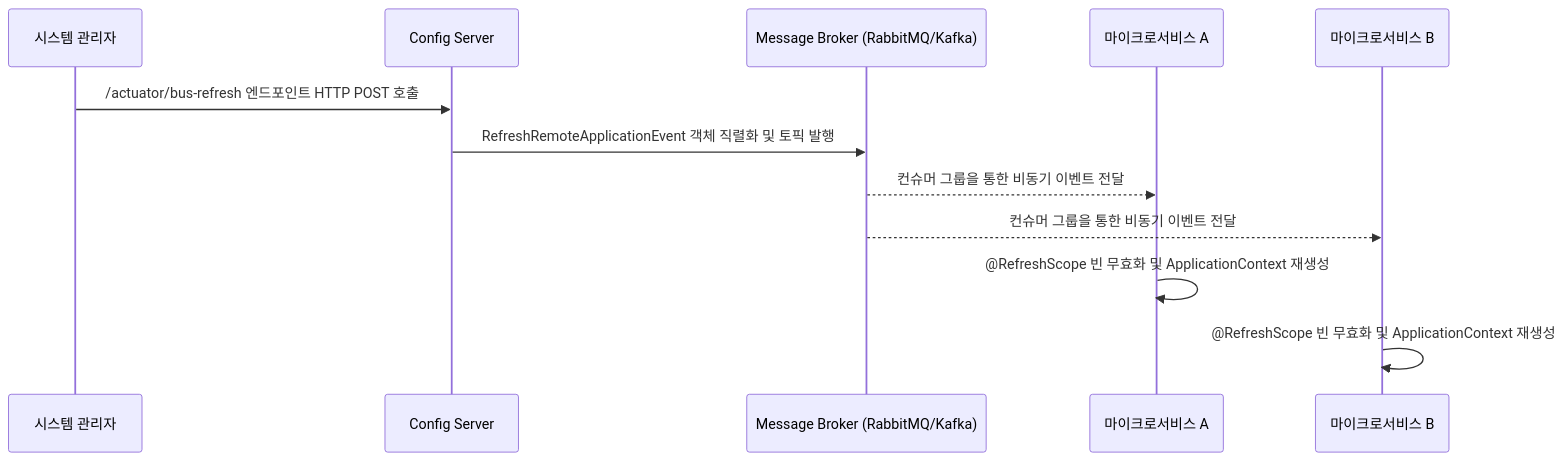
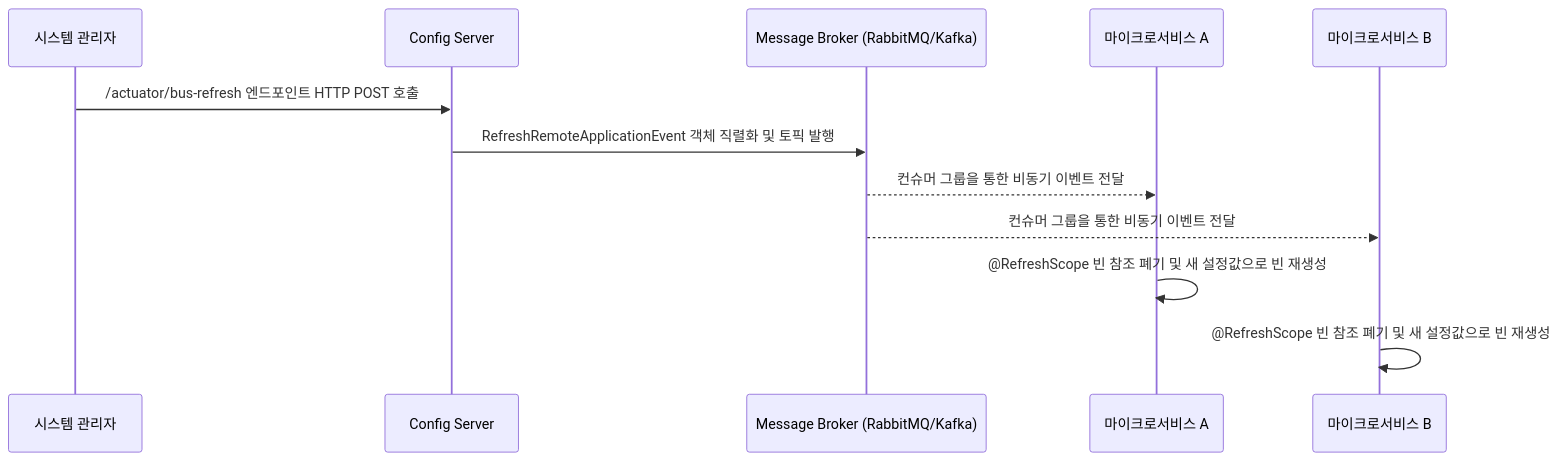
The third of 3 diagrams in src/content/docs/docs/spring/spring-cloud-observability.md (hyoguoo/hyoguoo.github.io), drawn with Mermaid before and after one commit. The commit also changed other lines of this file and 2 other files, not shown here.

````diff
--- a/src/content/docs/docs/spring/spring-cloud-observability.md
+++ b/src/content/docs/docs/spring/spring-cloud-observability.md
@@ -45,14 +95,14 @@
 ```mermaid
 sequenceDiagram
     participant Admin as 시스템 관리자
     participant Config as Config Server
     participant Broker as Message Broker (RabbitMQ/Kafka)
     participant MS1 as 마이크로서비스 A
     participant MS2 as 마이크로서비스 B
     Admin ->> Config: /actuator/bus-refresh 엔드포인트 HTTP POST 호출
     Config ->> Broker: RefreshRemoteApplicationEvent 객체 직렬화 및 토픽 발행
     Broker -->> MS1: 컨슈머 그룹을 통한 비동기 이벤트 전달
     Broker -->> MS2: 컨슈머 그룹을 통한 비동기 이벤트 전달
-    MS1 ->> MS1: @RefreshScope 빈 무효화 및 ApplicationContext 재생성
-    MS2 ->> MS2: @RefreshScope 빈 무효화 및 ApplicationContext 재생성
+    MS1 ->> MS1: @RefreshScope 빈 참조 폐기 및 새 설정값으로 빈 재생성
+    MS2 ->> MS2: @RefreshScope 빈 참조 폐기 및 새 설정값으로 빈 재생성
 ```
````
